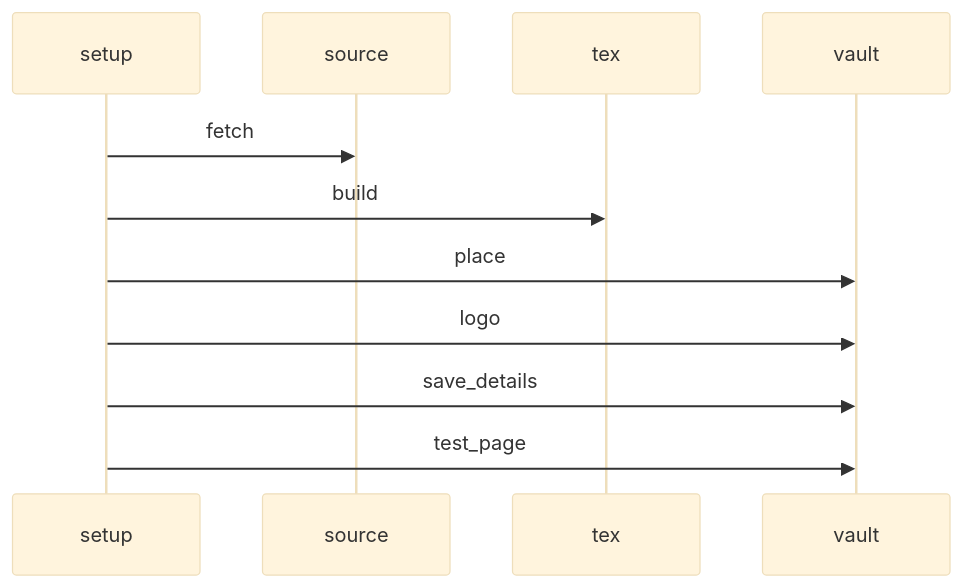
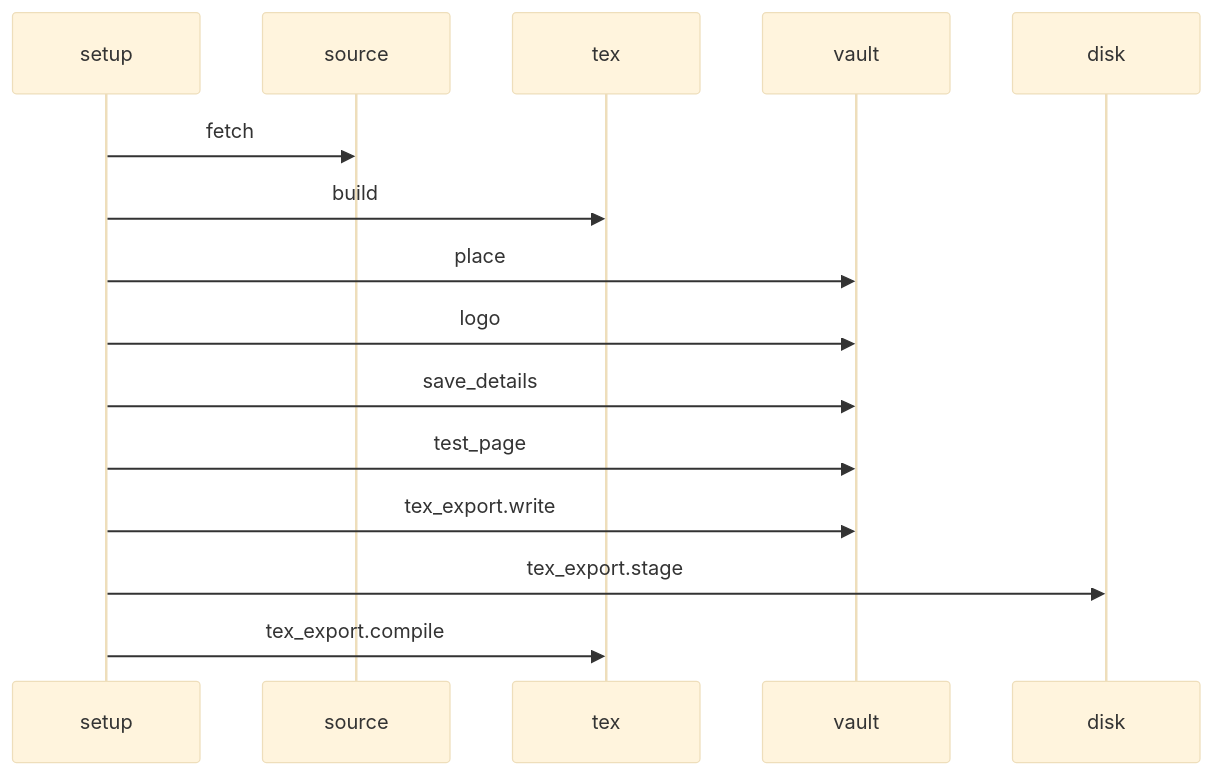
The diagram in docs/dataflow/tex-setup.md (rabalyn/shale), drawn with Mermaid (base theme) before and after one commit. The commit also changed other lines of this file and 16 other files, not shown here.

First line of the commit message:
Dataflow: a flow shows the shared steps its code calls, caldav_conflict recorded (DEV-026, DEV-027, DEV-028)

````diff
--- a/docs/dataflow/tex-setup.md
+++ b/docs/dataflow/tex-setup.md
@@ -8,13 +8,17 @@
 ```mermaid
 sequenceDiagram
     participant setup
     participant source
     participant tex
     participant vault
+    participant disk
     setup->>source: fetch
     setup->>tex: build
     setup->>vault: place
     setup->>vault: logo
     setup->>vault: save_details
     setup->>vault: test_page
+    setup->>vault: tex_export.write
+    setup->>disk: tex_export.stage
+    setup->>tex: tex_export.compile
 ```
````
